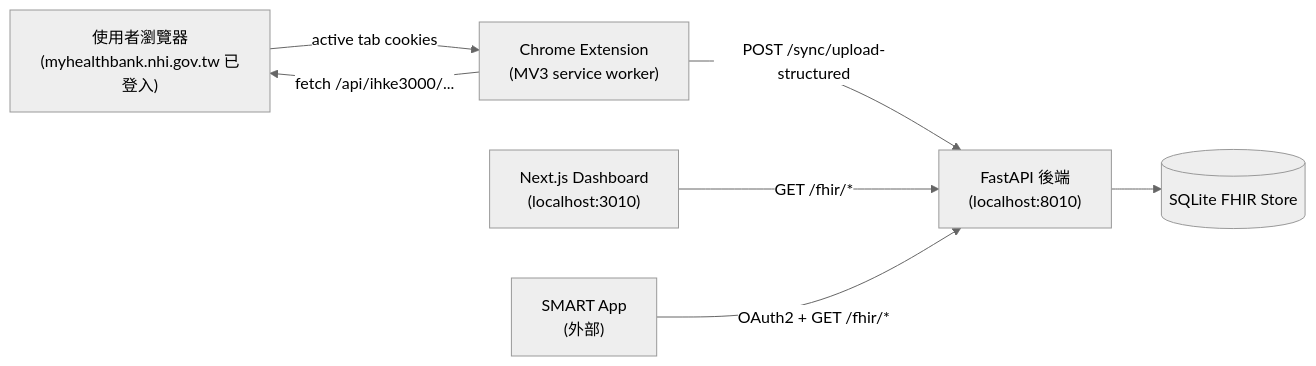
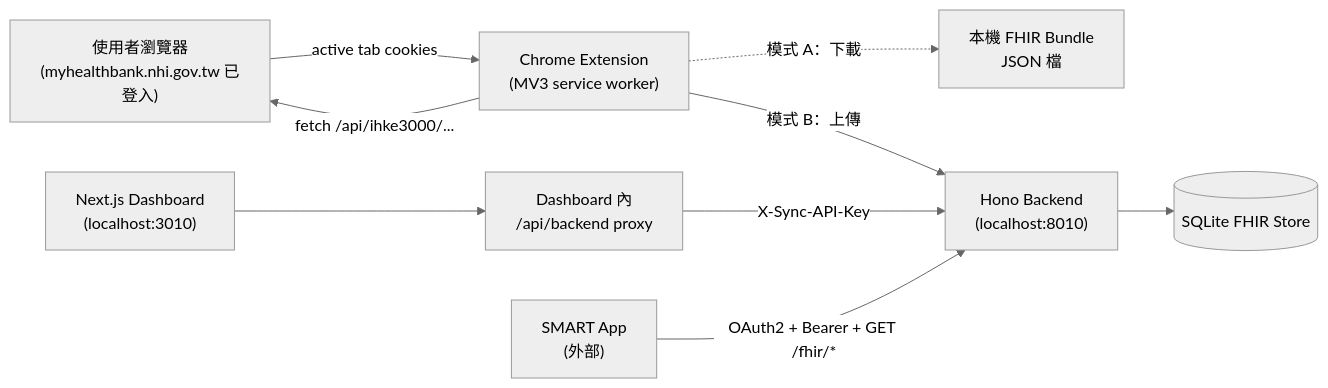
One commit to voho0000/NHI-FHIR-BRIDGE changed the first of 3 diagrams in docs/ARCHITECTURE.md. Above: the diagram before and after it, drawn with Mermaid (neutral theme). The commit also changed other lines of this file and 4 other files, not shown here.

First line of the commit message:
security+docs: Tier 2 hardening — CORS pin, narrow ext perms, full CapabilityStatement, rewrite ARCHITECTURE.md

````diff
--- a/docs/ARCHITECTURE.md
+++ b/docs/ARCHITECTURE.md
@@ -9,16 +9,20 @@
 ```mermaid
 flowchart LR
   user["使用者瀏覽器<br/>(myhealthbank.nhi.gov.tw 已登入)"]
   ext["Chrome Extension<br/>(MV3 service worker)"]
-  backend["FastAPI 後端<br/>(localhost:8010)"]
+  file["本機 FHIR Bundle<br/>JSON 檔"]
+  backend["Hono Backend<br/>(localhost:8010)"]
   db[("SQLite FHIR Store")]
   dash["Next.js Dashboard<br/>(localhost:3010)"]
+  proxy["Dashboard 內<br/>/api/backend proxy"]
   smart["SMART App<br/>(外部)"]
 
   user -->|active tab cookies| ext
   ext -->|fetch /api/ihke3000/...| user
-  ext -->|POST /sync/upload-structured| backend
+  ext -. 模式 A：下載 .-> file
+  ext -- 模式 B：上傳 --> backend
   backend --> db
-  dash -->|GET /fhir/*| backend
-  smart -->|OAuth2 + GET /fhir/*| backend
+  dash --> proxy
+  proxy -->|X-Sync-API-Key| backend
+  smart -->|OAuth2 + Bearer + GET /fhir/*| backend
 ```
````
